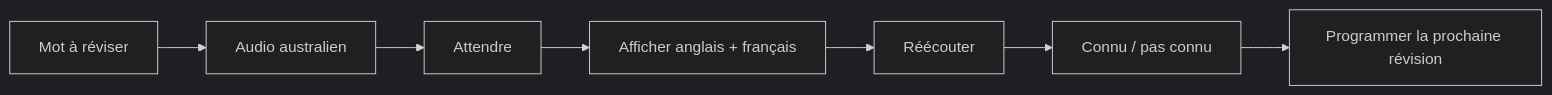
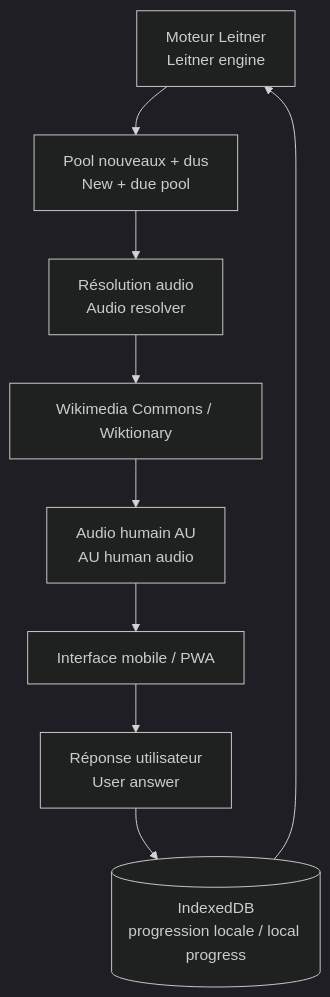
Before and after one commit to jeffersonkuku/jefferson-Mawapanga-Saku: the second of 2 diagrams in roadwords-au/README.md, drawn with Mermaid (dark theme). The commit also changed other lines of this file and 1 other file, not shown here.

````diff
--- a/roadwords-au/README.md
+++ b/roadwords-au/README.md
@@ -39,9 +43,11 @@
 ```mermaid
-flowchart LR
-    A[Mot à réviser] --> B[Audio australien]
-    B --> C[Attendre]
-    C --> D[Afficher anglais + français]
-    D --> E[Réécouter]
-    E --> F[Connu / pas connu]
-    F --> G[Programmer la prochaine révision]
+flowchart TB
+    S[Moteur Leitner<br/>Leitner engine] --> P[Pool nouveaux + dus<br/>New + due pool]
+    P --> R[Résolution audio<br/>Audio resolver]
+    R --> W[Wikimedia Commons / Wiktionary]
+    W --> A[Audio humain AU<br/>AU human audio]
+    A --> UI[Interface mobile / PWA]
+    UI --> U[Réponse utilisateur<br/>User answer]
+    U --> DB[(IndexedDB<br/>progression locale / local progress)]
+    DB --> S
 ```
````
